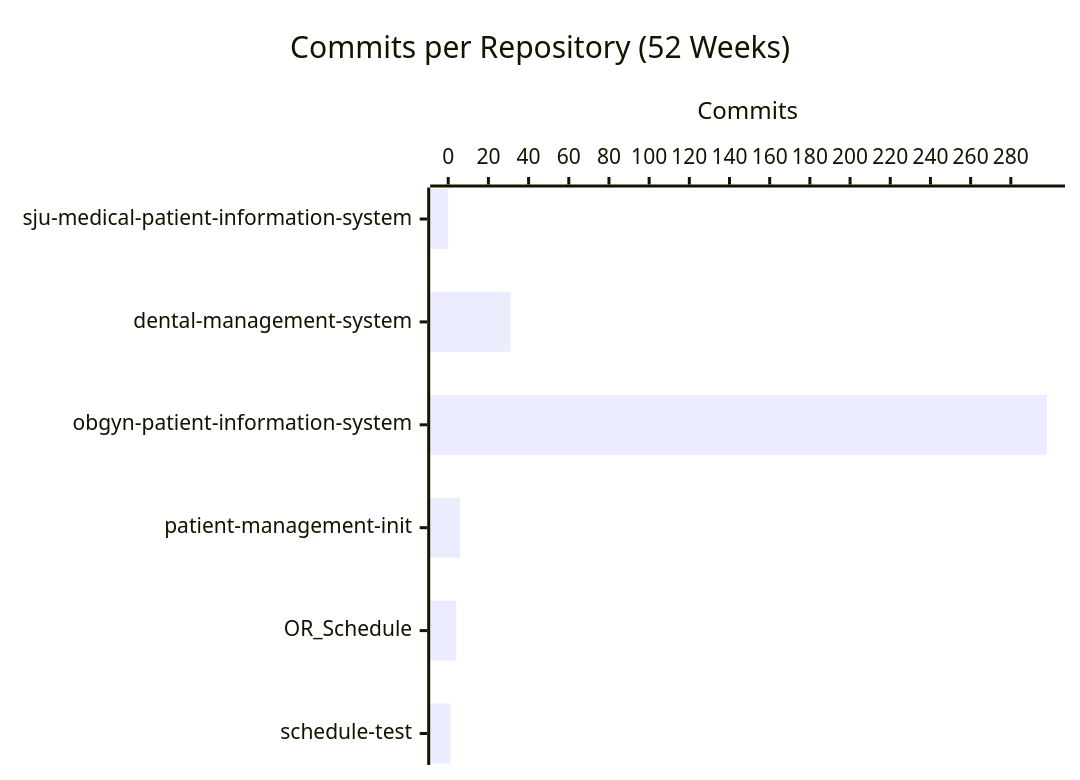
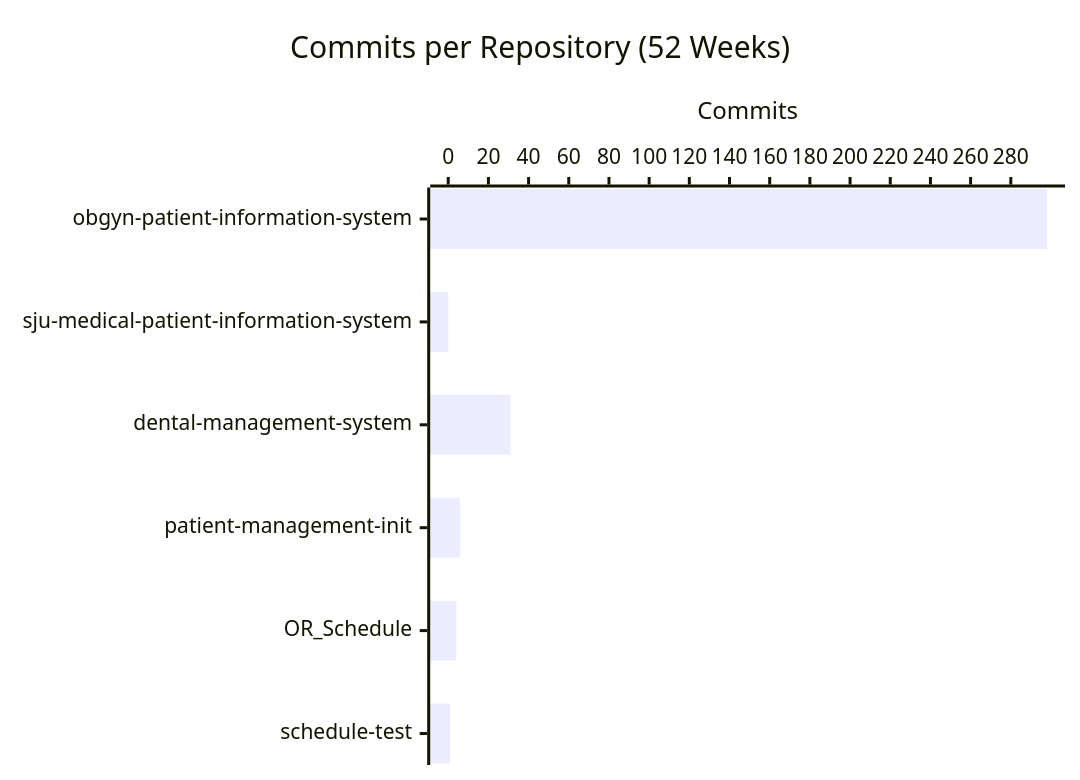
Before and after one commit to CSTH-Projects/.github: the second of 4 diagrams in profile/README.md, drawn with Mermaid. The commit also changed other lines of this file, not shown here.

````diff
--- a/profile/README.md
+++ b/profile/README.md
@@ -24,7 +24,7 @@
 ```mermaid
 xychart-beta horizontal
     title "Commits per Repository (52 Weeks)"
-    x-axis ["sju-medical-patient-information-system", "dental-management-system", "obgyn-patient-information-system", "patient-management-init", "OR_Schedule", "schedule-test"]
+    x-axis ["obgyn-patient-information-system", "sju-medical-patient-information-system", "dental-management-system", "patient-management-init", "OR_Schedule", "schedule-test"]
     y-axis "Commits"
-    bar [0, 31, 298, 6, 4, 1]
+    bar [298, 0, 31, 6, 4, 1]
 ```
````
